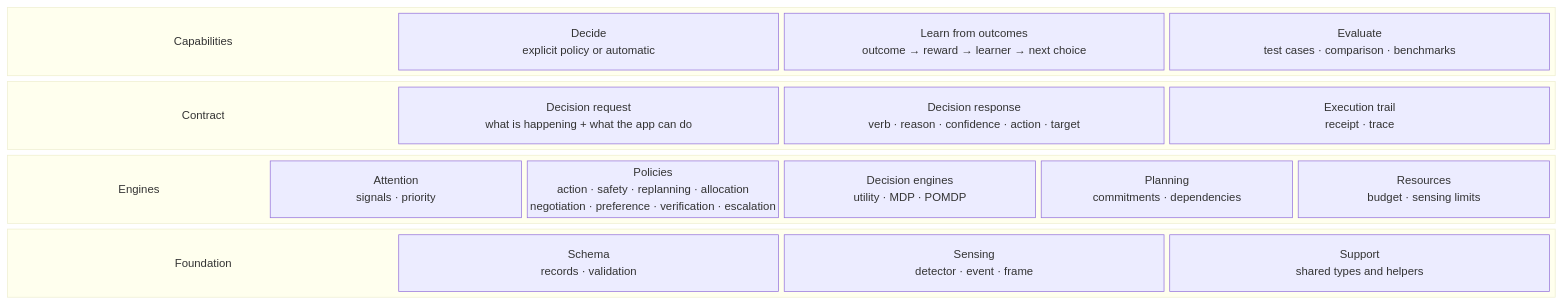
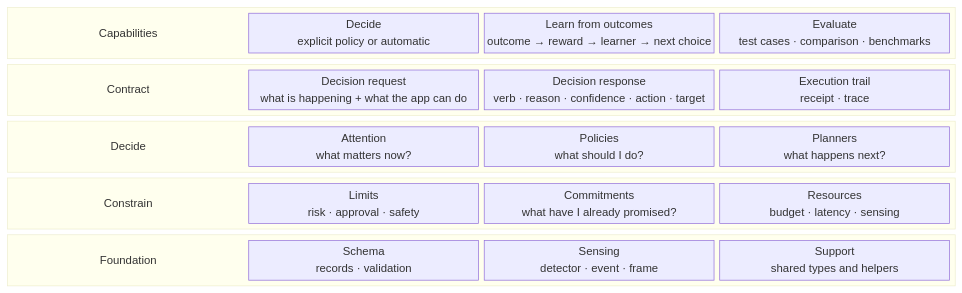
One commit to michaelatamuk/laix changed the diagram in docs/02-core/00-architecture.md. Above: the diagram before and after it, drawn with Mermaid. The commit also changed other lines of this file and 28 other files, not shown here.

````diff
--- a/docs/02-core/00-architecture.md
+++ b/docs/02-core/00-architecture.md
@@ -5,43 +6,50 @@
 ```mermaid
 block-beta
     columns 1
 
     block:capabilities
         columns 4
         capabilities_label["Capabilities"]
         decide["Decide<br/>explicit policy or automatic"]
         learn["Learn from outcomes<br/>outcome → reward → learner → next choice"]
         evaluate["Evaluate<br/>test cases · comparison · benchmarks"]
     end
 
     block:contract
         columns 4
         contract_label["Contract"]
         request["Decision request<br/>what is happening + what the app can do"]
         response["Decision response<br/>verb · reason · confidence · action · target"]
         trail["Execution trail<br/>receipt · trace"]
     end
 
-    block:engines
-        columns 6
-        engines_label["Engines"]
-        attention["Attention<br/>signals · priority"]
-        policies["Policies<br/>action · safety · replanning · allocation<br/>negotiation · preference · verification · escalation"]
-        planners["Decision engines<br/>utility · MDP · POMDP"]
-        planning["Planning<br/>commitments · dependencies"]
-        resources["Resources<br/>budget · sensing limits"]
+    block:decide_layer
+        columns 4
+        decide_layer_label["Decide"]
+        attention["Attention<br/>what matters now?"]
+        policies["Policies<br/>what should I do?"]
+        planners["Planners<br/>what happens next?"]
+    end
+
+    block:constrain_layer
+        columns 4
+        constrain_layer_label["Constrain"]
+        limits["Limits<br/>risk · approval · safety"]
+        commitments["Commitments<br/>what have I already promised?"]
+        resources["Resources<br/>budget · latency · sensing"]
     end
 
     block:foundation
         columns 4
         foundation_label["Foundation"]
         schema["Schema<br/>records · validation"]
         sensing["Sensing<br/>detector · event · frame"]
         support["Support<br/>shared types and helpers"]
     end
 
     style capabilities_label fill:transparent,stroke:transparent,font-size:22px,font-weight:bold
     style contract_label fill:transparent,stroke:transparent,font-size:14px,font-weight:bold
-    style engines_label fill:transparent,stroke:transparent,font-weight:bold
+    style decide_layer_label fill:transparent,stroke:transparent,font-weight:bold
+    style constrain_layer_label fill:transparent,stroke:transparent,font-weight:bold
     style foundation_label fill:transparent,stroke:transparent,font-weight:bold
 ```
````
